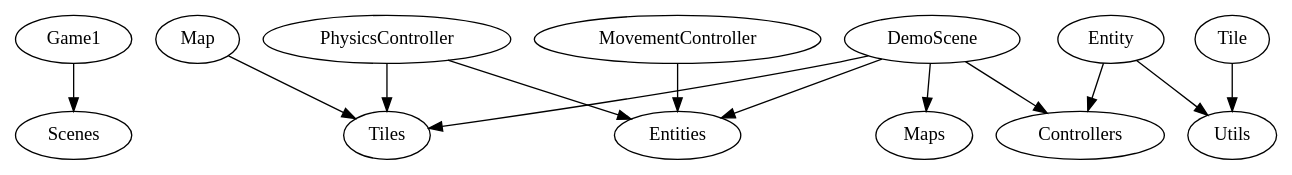
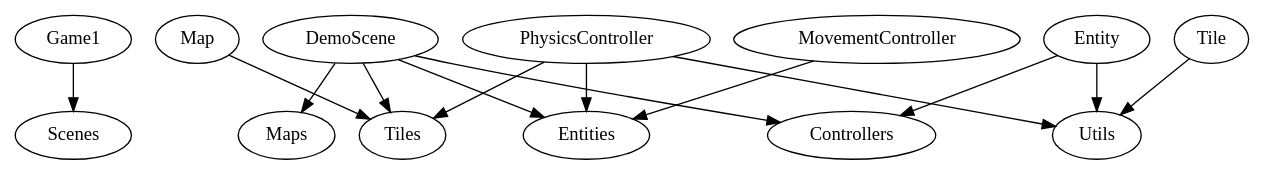
One commit to aram-devdocs/ThroneGame changed the diagram in python/output/dependencies.dot. Above: the diagram before and after it, drawn with Graphviz. The commit also changed 8 other files, not shown here.

```diff
--- a/python/output/dependencies.dot
+++ b/python/output/dependencies.dot
@@ -1,15 +1,16 @@
 // First-Party Dependency Graph
 digraph {
 	Game1 -> Scenes
 	Map -> Tiles
 	DemoScene -> Controllers
 	DemoScene -> Entities
 	DemoScene -> Maps
 	DemoScene -> Tiles
 	Tile -> Utils
 	PhysicsController -> Entities
 	PhysicsController -> Tiles
+	PhysicsController -> Utils
 	MovementController -> Entities
 	Entity -> Controllers
 	Entity -> Utils
 }
```
